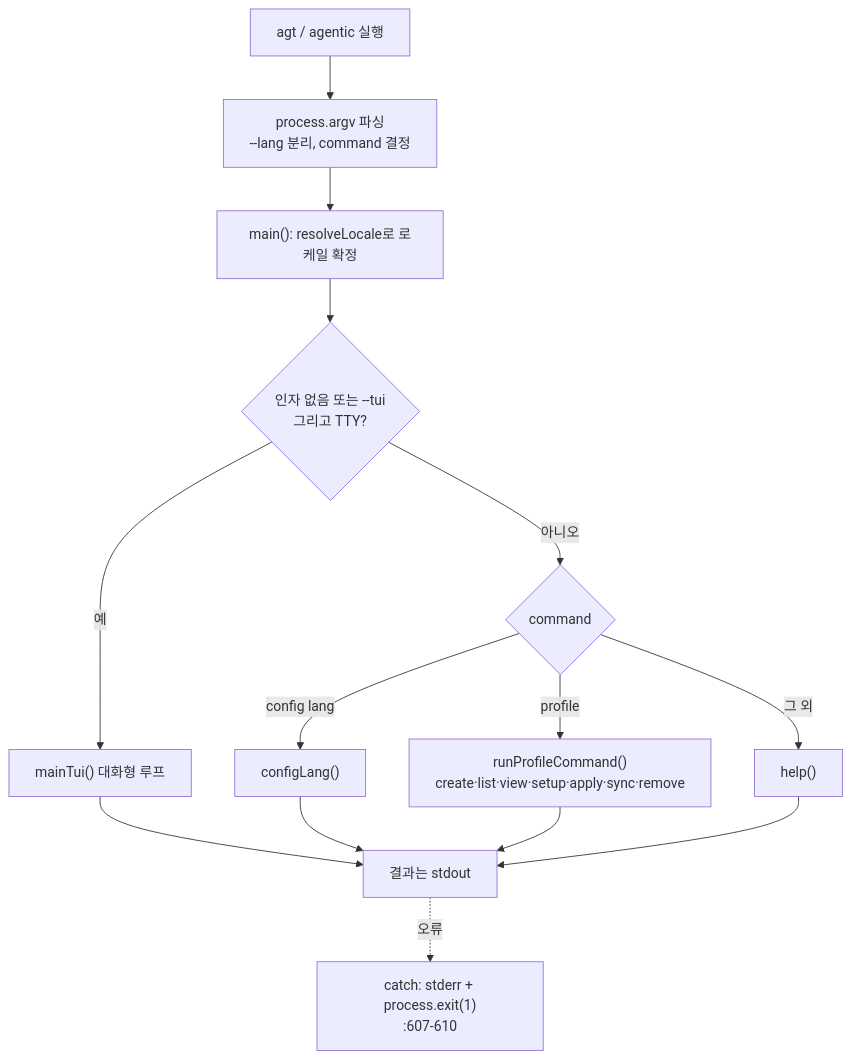
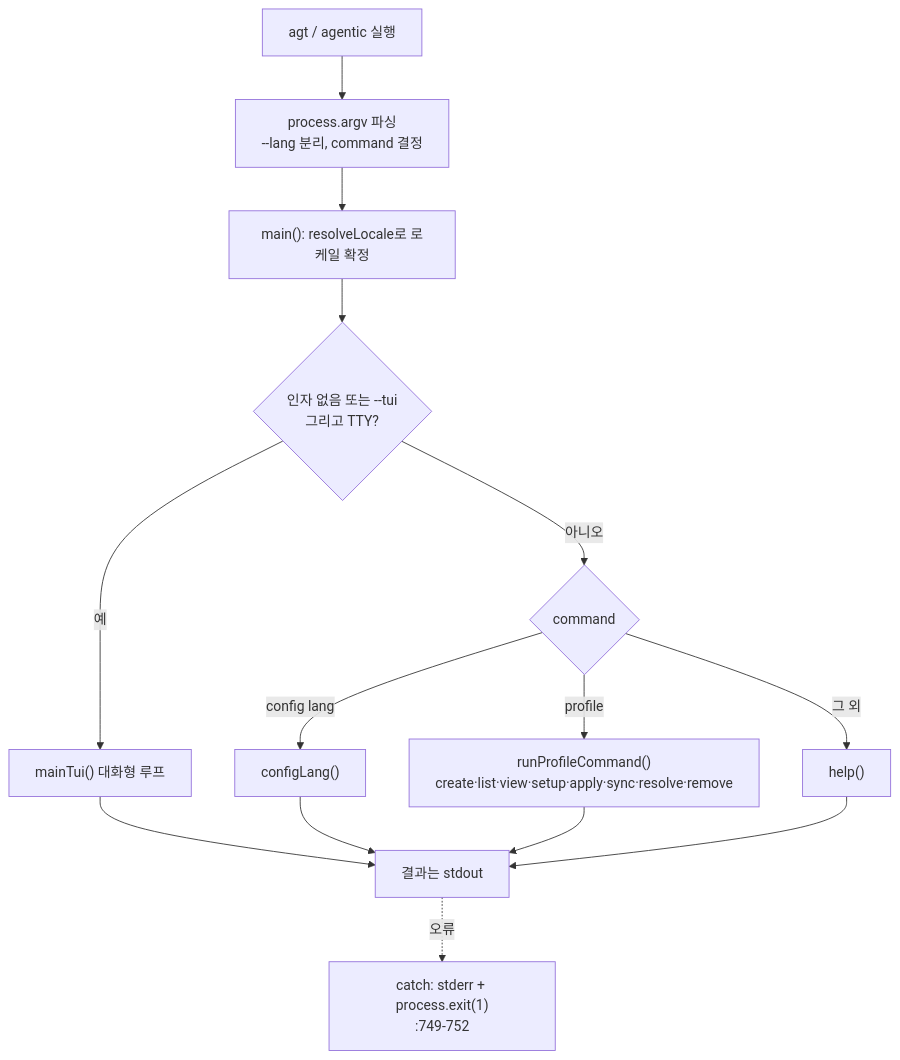
Before and after one commit to IsthisLee/agent-context-manager: the second of 8 diagrams in docs/architecture/implementation-mechanics.md, drawn with Mermaid. The commit also changed other lines of this file and 13 other files, not shown here.

````diff
--- a/docs/architecture/implementation-mechanics.md
+++ b/docs/architecture/implementation-mechanics.md
@@ -64,16 +70,16 @@
 ```mermaid
 flowchart TD
   A["agt / agentic 실행"] --> B["process.argv 파싱<br/>--lang 분리, command 결정"]
   B --> C["main(): resolveLocale로 로케일 확정"]
   C --> D{"인자 없음 또는 --tui<br/>그리고 TTY?"}
   D -->|"예"| TUI["mainTui() 대화형 루프"]
   D -->|"아니오"| E{"command"}
   E -->|"config lang"| LANG["configLang()"]
-  E -->|"profile"| PROF["runProfileCommand()<br/>create·list·view·setup·apply·sync·remove"]
+  E -->|"profile"| PROF["runProfileCommand()<br/>create·list·view·setup·apply·sync·resolve·remove"]
   E -->|"그 외"| HELP["help()"]
   TUI --> Z["결과는 stdout"]
   LANG --> Z
   PROF --> Z
   HELP --> Z
-  Z -.->|"오류"| ERR["catch: stderr + process.exit(1)<br/>:607-610"]
+  Z -.->|"오류"| ERR["catch: stderr + process.exit(1)<br/>:749-752"]
 ```
````
